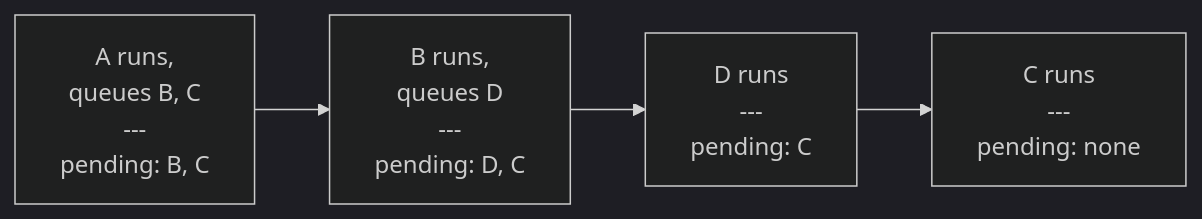
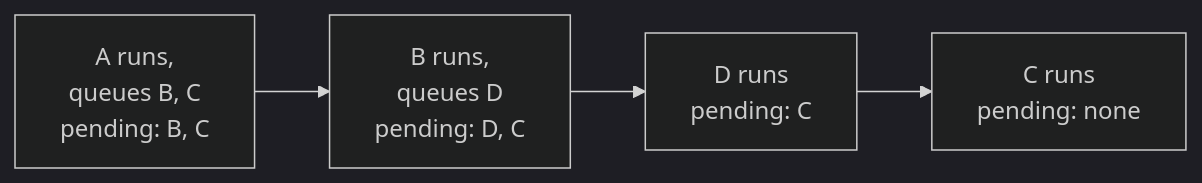
Before and after one commit to KitCli/KitCli: the second of 2 diagrams in docs/adr/0016-run-every-queued-hop-depth-first.md, drawn with Mermaid (dark theme). The commit also changed other lines of this file and 5 other files, not shown here.

Commit message:
docs: diagram the five flow-heavy pages

````diff
--- a/docs/adr/0016-run-every-queued-hop-depth-first.md
+++ b/docs/adr/0016-run-every-queued-hop-depth-first.md
@@ -41,16 +40,6 @@
 ```mermaid
 flowchart LR
-    A["A runs,
-    queues B, C
-    ---
-    pending: B, C"] --> B["B runs,
-    queues D
-    ---
-    pending: D, C"]
-    B --> D["D runs
-    ---
-    pending: C"]
-    D --> C["C runs
-    ---
-    pending: none"]
+    A["A runs,<br/>queues B, C<br/>pending: B, C"] --> B["B runs,<br/>queues D<br/>pending: D, C"]
+    B --> D["D runs<br/>pending: C"]
+    D --> C["C runs<br/>pending: none"]
 ```
````
